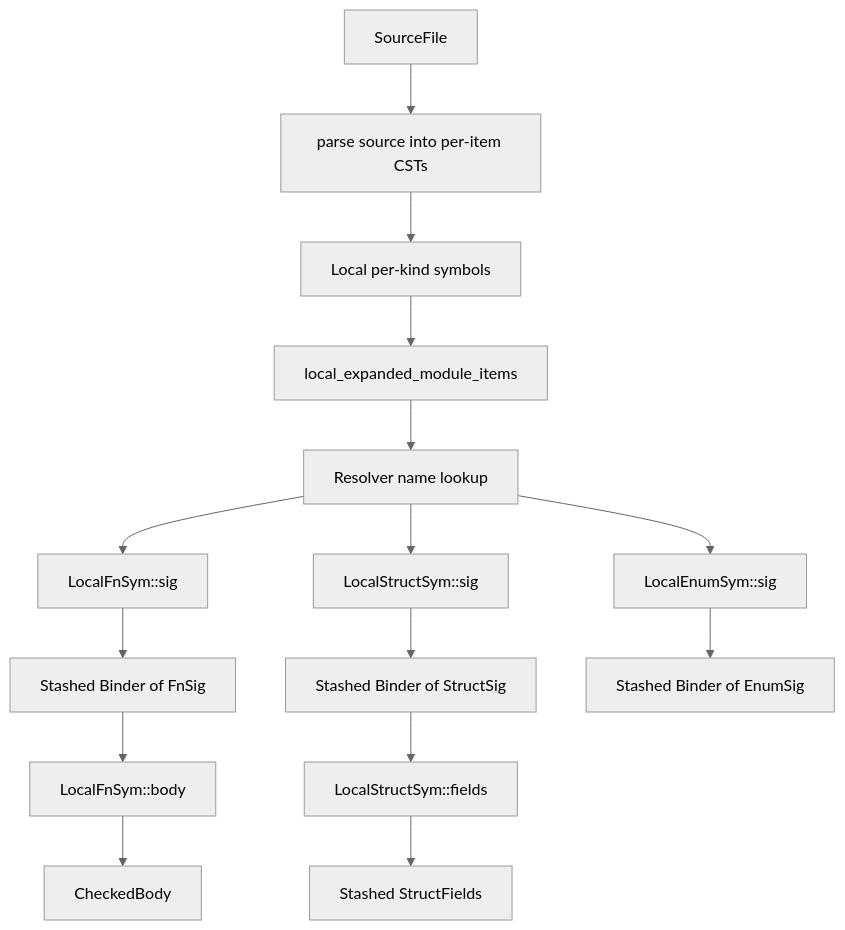
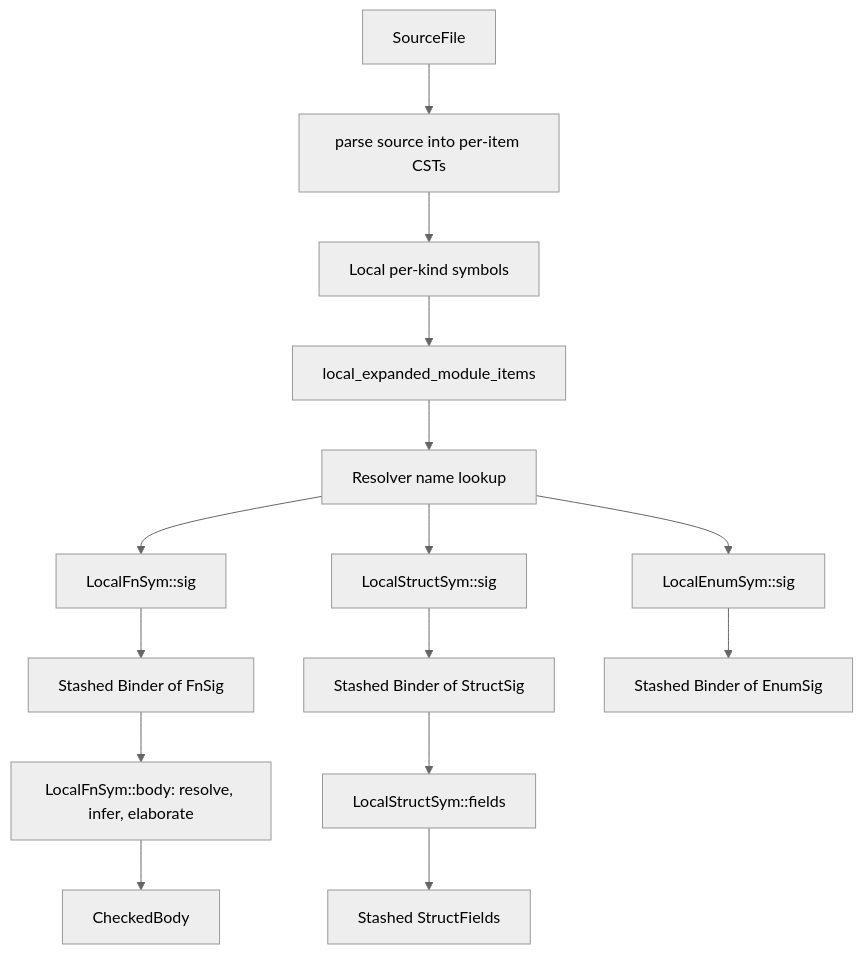
Before and after one commit to nikomatsakis/sage-dev: the first of 2 diagrams in md/design/architecture.md, drawn with Mermaid (neutral theme). The commit also changed other lines of this file and 13 other files, not shown here.

Commit message:
Document typed IR and mini-redis roadmap

````diff
--- a/md/design/architecture.md
+++ b/md/design/architecture.md
@@ -83,17 +83,17 @@
 ```mermaid
 flowchart TD
     Source[SourceFile] --> Parse[parse source into per-item CSTs]
     Parse --> Symbols[Local per-kind symbols]
     Symbols --> Expanded[local_expanded_module_items]
     Expanded --> Resolve[Resolver name lookup]
     Resolve --> FnSig[LocalFnSym::sig]
     Resolve --> StructSig[LocalStructSym::sig]
     Resolve --> EnumSig[LocalEnumSym::sig]
     FnSig --> FnBinder[Stashed Binder of FnSig]
     StructSig --> StructBinder[Stashed Binder of StructSig]
     EnumSig --> EnumBinder[Stashed Binder of EnumSig]
-    FnBinder --> FnBody[LocalFnSym::body]
+    FnBinder --> FnBody[LocalFnSym::body: resolve, infer, elaborate]
     StructBinder --> Fields[LocalStructSym::fields]
     FnBody --> Checked[CheckedBody]
     Fields --> StructFields[Stashed StructFields]
 ```
````
